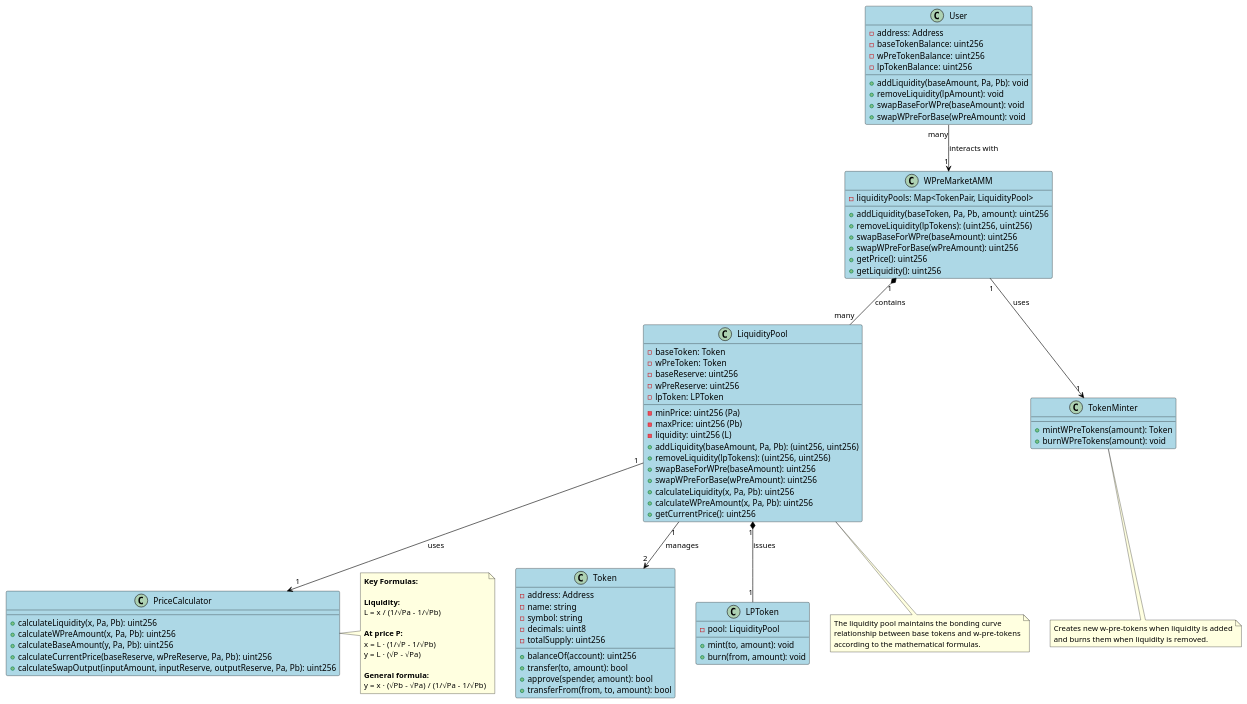
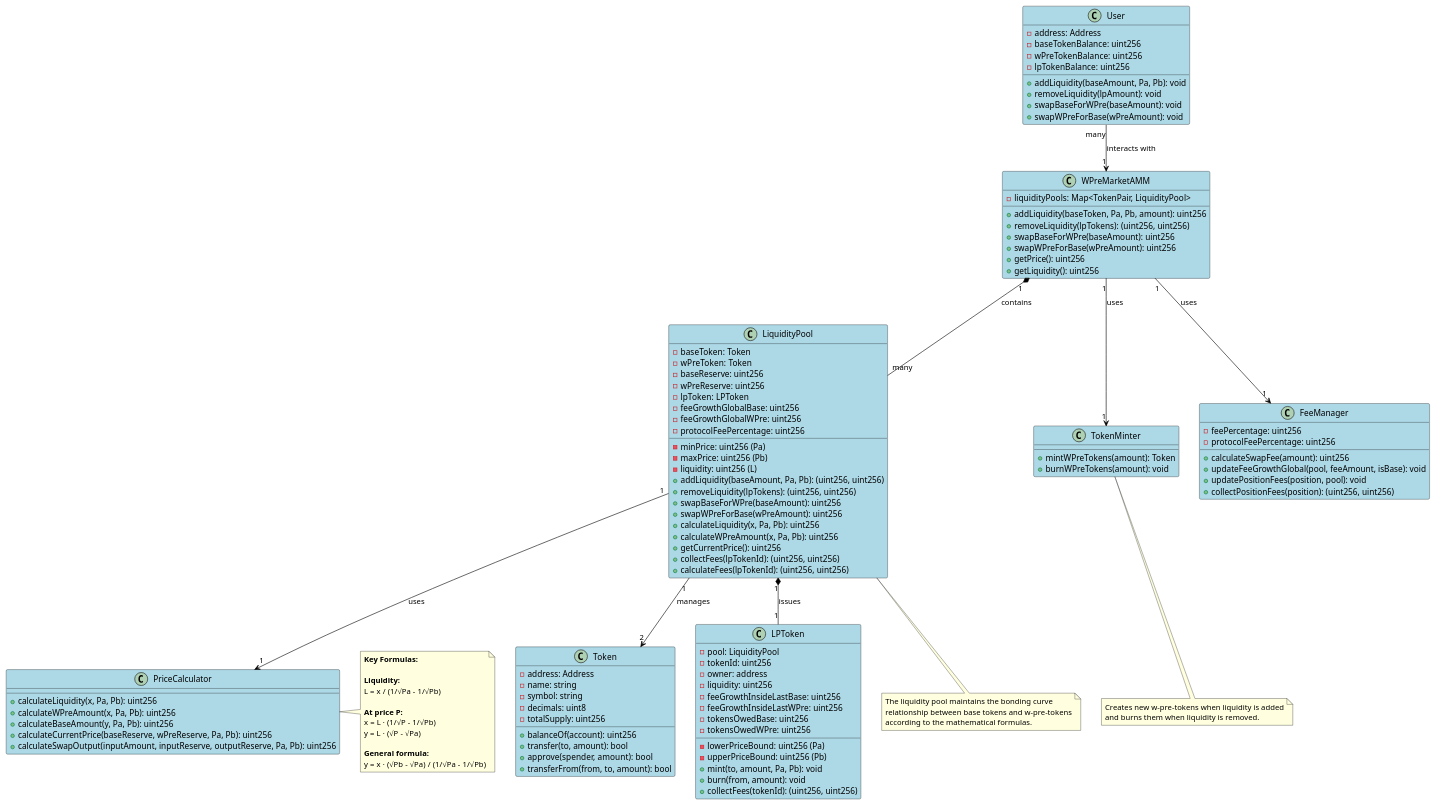
One commit to nierdna/hermit-diagrams changed the diagram in whales/w_pre_market_amm_class.wsd. Above: the diagram before and after it, drawn with PlantUML. The commit also changed 2 other files, not shown here.

Commit message:
Add Fee Management to W-Pre-market AMM Documentation
Enhance AMM documentation with comprehensive fee management features:
- Update class diagram to include fee tracking and collection mechanisms
- Add FeeManager component to system architecture
- Extend sequence diagram with fee calculation and collection flows
- Introduce fee growth tracking and position-specific fee management

```diff
--- a/whales/w_pre_market_amm_class.wsd
+++ b/whales/w_pre_market_amm_class.wsd
@@ -1,124 +1,150 @@
 @startuml W-Pre-market AMM Class Diagram
 
 ' Style
 skinparam class {
     BackgroundColor LightBlue
     BorderColor Black
     ArrowColor Black
 }
 
 skinparam note {
     BackgroundColor LightYellow
     BorderColor Black
 }
 
 ' Classes
 class WPreMarketAMM {
     - liquidityPools: Map<TokenPair, LiquidityPool>
     + addLiquidity(baseToken, Pa, Pb, amount): uint256
     + removeLiquidity(lpTokens): (uint256, uint256)
     + swapBaseForWPre(baseAmount): uint256
     + swapWPreForBase(wPreAmount): uint256
     + getPrice(): uint256
     + getLiquidity(): uint256
 }
 
 class LiquidityPool {
     - baseToken: Token
     - wPreToken: Token
     - baseReserve: uint256
     - wPreReserve: uint256
     - minPrice: uint256 (Pa)
     - maxPrice: uint256 (Pb)
     - liquidity: uint256 (L)
     - lpToken: LPToken
+    - feeGrowthGlobalBase: uint256
+    - feeGrowthGlobalWPre: uint256
+    - protocolFeePercentage: uint256
     
     + addLiquidity(baseAmount, Pa, Pb): (uint256, uint256)
     + removeLiquidity(lpTokens): (uint256, uint256)
     + swapBaseForWPre(baseAmount): uint256
     + swapWPreForBase(wPreAmount): uint256
     + calculateLiquidity(x, Pa, Pb): uint256
     + calculateWPreAmount(x, Pa, Pb): uint256
     + getCurrentPrice(): uint256
+    + collectFees(lpTokenId): (uint256, uint256)
+    + calculateFees(lpTokenId): (uint256, uint256)
 }
 
 class PriceCalculator {
     + calculateLiquidity(x, Pa, Pb): uint256
     + calculateWPreAmount(x, Pa, Pb): uint256
     + calculateBaseAmount(y, Pa, Pb): uint256
     + calculateCurrentPrice(baseReserve, wPreReserve, Pa, Pb): uint256
     + calculateSwapOutput(inputAmount, inputReserve, outputReserve, Pa, Pb): uint256
 }
 
 class TokenMinter {
     + mintWPreTokens(amount): Token
     + burnWPreTokens(amount): void
 }
 
 class Token {
     - address: Address
     - name: string
     - symbol: string
     - decimals: uint8
     - totalSupply: uint256
     
     + balanceOf(account): uint256
     + transfer(to, amount): bool
     + approve(spender, amount): bool
     + transferFrom(from, to, amount): bool
 }
 
 class LPToken {
     - pool: LiquidityPool
+    - tokenId: uint256
+    - owner: address
+    - liquidity: uint256
+    - lowerPriceBound: uint256 (Pa)
+    - upperPriceBound: uint256 (Pb)
+    - feeGrowthInsideLastBase: uint256
+    - feeGrowthInsideLastWPre: uint256
+    - tokensOwedBase: uint256
+    - tokensOwedWPre: uint256
     
-    + mint(to, amount): void
+    + mint(to, amount, Pa, Pb): void
     + burn(from, amount): void
+    + collectFees(tokenId): (uint256, uint256)
 }
 
 class User {
     - address: Address
     - baseTokenBalance: uint256
     - wPreTokenBalance: uint256
     - lpTokenBalance: uint256
     
     + addLiquidity(baseAmount, Pa, Pb): void
     + removeLiquidity(lpAmount): void
     + swapBaseForWPre(baseAmount): void
     + swapWPreForBase(wPreAmount): void
 }
 
+class FeeManager {
+    - feePercentage: uint256
+    - protocolFeePercentage: uint256
+    
+    + calculateSwapFee(amount): uint256
+    + updateFeeGrowthGlobal(pool, feeAmount, isBase): void
+    + updatePositionFees(position, pool): void
+    + collectPositionFees(position): (uint256, uint256)
+}
+
 ' Relationships
 WPreMarketAMM "1" *-- "many" LiquidityPool : contains
 LiquidityPool "1" *-- "1" LPToken : issues
 LiquidityPool "1" --> "1" PriceCalculator : uses
 WPreMarketAMM "1" --> "1" TokenMinter : uses
+WPreMarketAMM "1" --> "1" FeeManager : uses
 User "many" --> "1" WPreMarketAMM : interacts with
 LiquidityPool "1" --> "2" Token : manages
 
 ' Notes with formulas
 note right of PriceCalculator
   <b>Key Formulas:</b>
   
   <b>Liquidity:</b>
   L = x / (1/√Pa - 1/√Pb)
   
   <b>At price P:</b>
   x = L · (1/√P - 1/√Pb)
   y = L · (√P - √Pa)
   
   <b>General formula:</b>
   y = x · (√Pb - √Pa) / (1/√Pa - 1/√Pb)
 end note
 
 note bottom of LiquidityPool
   The liquidity pool maintains the bonding curve
   relationship between base tokens and w-pre-tokens
   according to the mathematical formulas.
 end note
 
 note bottom of TokenMinter
   Creates new w-pre-tokens when liquidity is added
   and burns them when liquidity is removed.
 end note
 
 @enduml 
```
